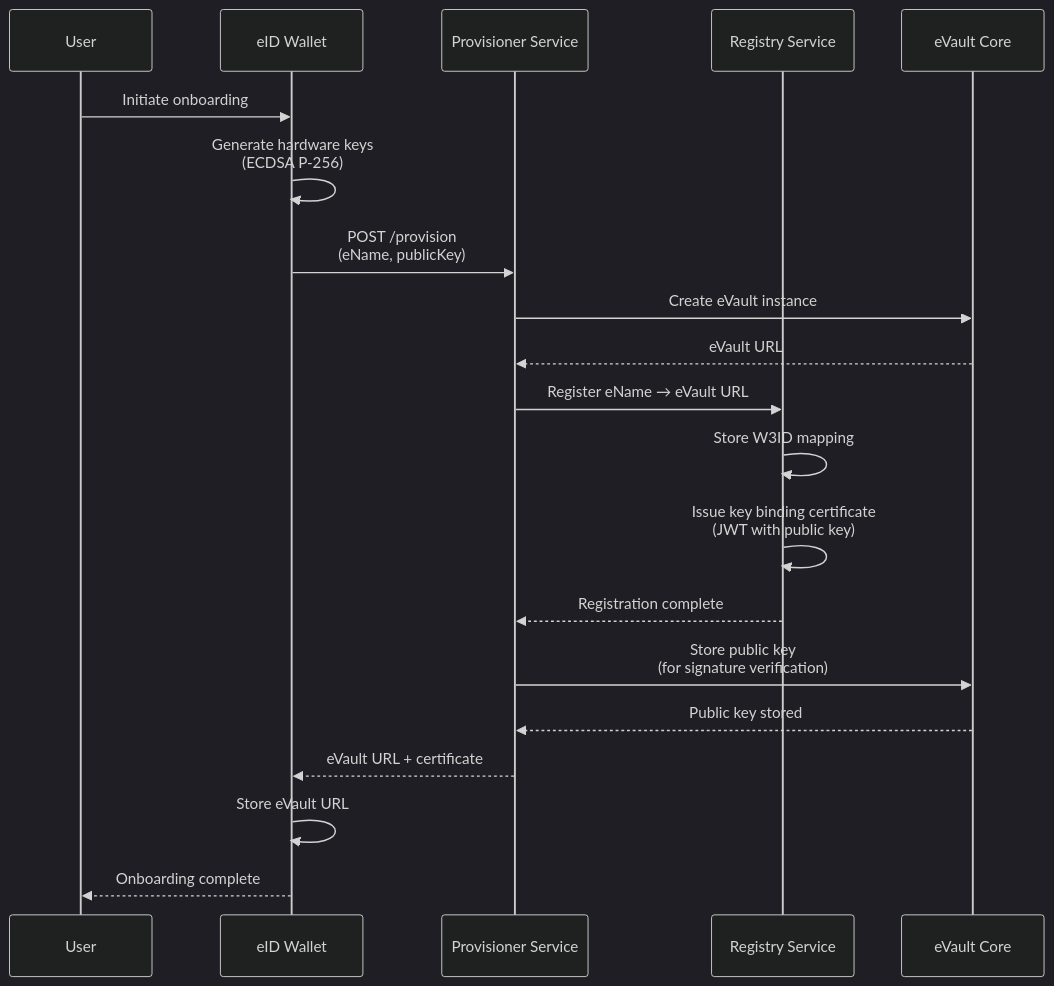
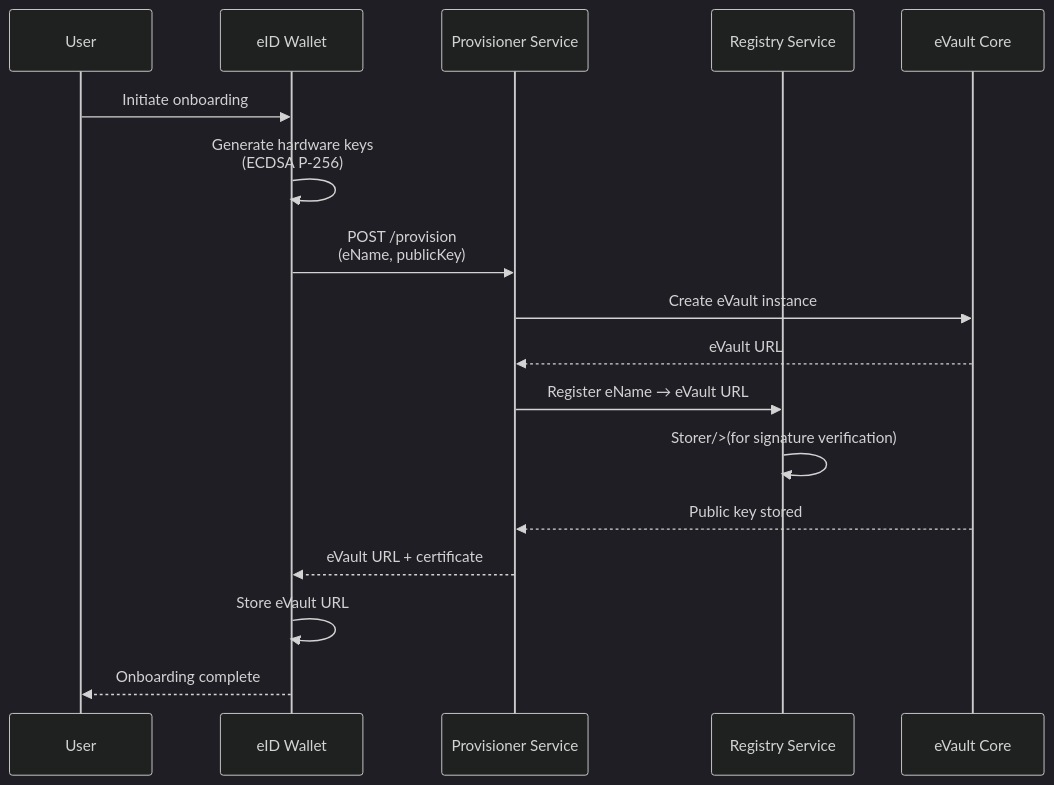
Before and after one commit to MetaState-Prototype-Project/prototype: the third of 3 diagrams in docs/docs/Getting Started/getting-started.md, drawn with Mermaid (dark theme). The commit also changed other lines of this file, not shown here.

````diff
--- a/docs/docs/Getting Started/getting-started.md
+++ b/docs/docs/Getting Started/getting-started.md
@@ -174,23 +162,20 @@
 ```mermaid
 sequenceDiagram
     participant User as User
     participant Wallet as eID Wallet
     participant Provisioner as Provisioner Service
     participant Registry as Registry Service
     participant EVault as eVault Core
 
     User->>Wallet: Initiate onboarding
     Wallet->>Wallet: Generate hardware keys<br/>(ECDSA P-256)
     Wallet->>Provisioner: POST /provision<br/>(eName, publicKey)
     Provisioner->>EVault: Create eVault instance
     EVault-->>Provisioner: eVault URL
     Provisioner->>Registry: Register eName → eVault URL
-    Registry->>Registry: Store W3ID mapping
-    Registry->>Registry: Issue key binding certificate<br/>(JWT with public key)
-    Registry-->>Provisioner: Registration complete
-    Provisioner->>EVault: Store public key<br/>(for signature verification)
+    Registry->>Registry: Storer/>(for signature verification)
     EVault-->>Provisioner: Public key stored
     Provisioner-->>Wallet: eVault URL + certificate
     Wallet->>Wallet: Store eVault URL
     Wallet-->>User: Onboarding complete
 ```
````
